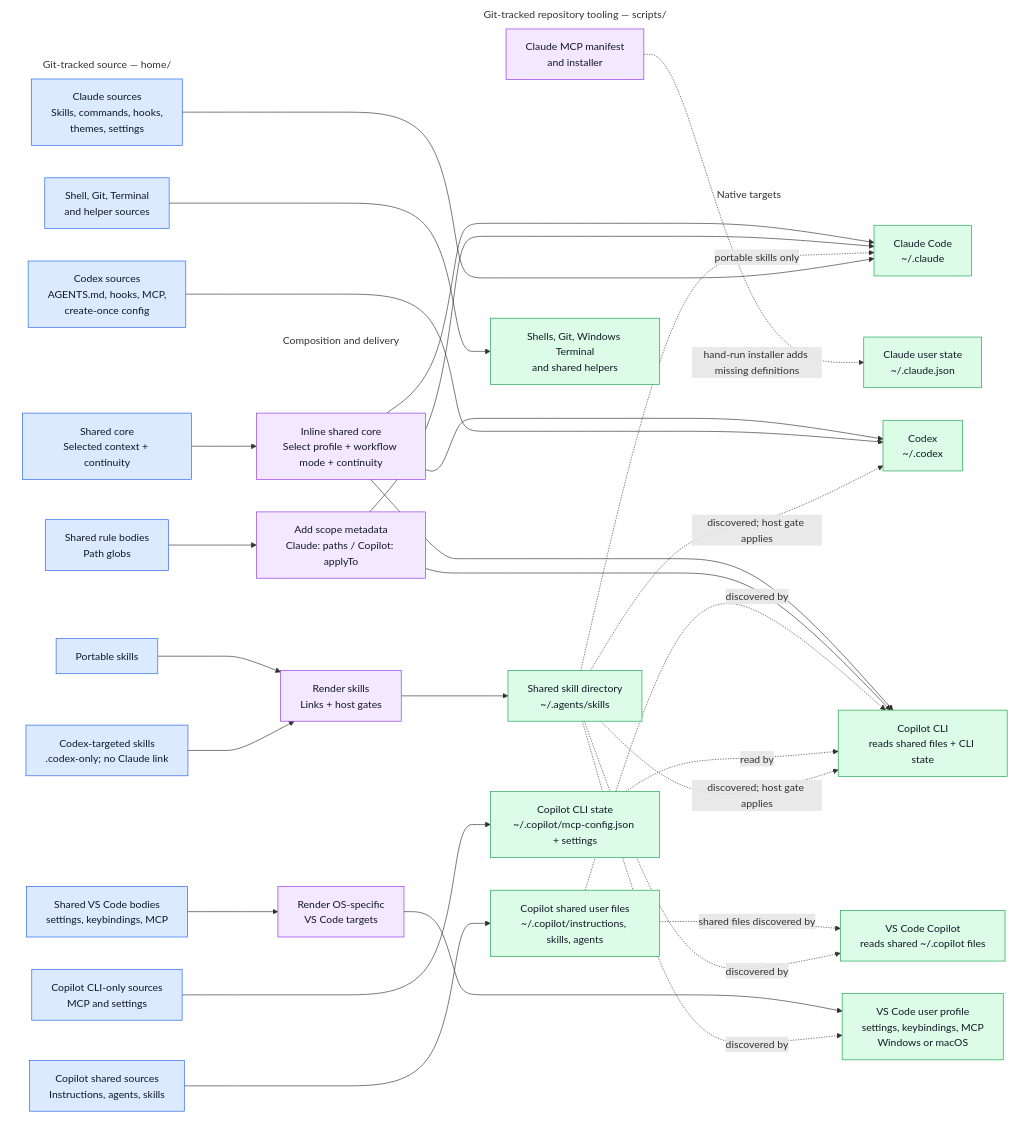
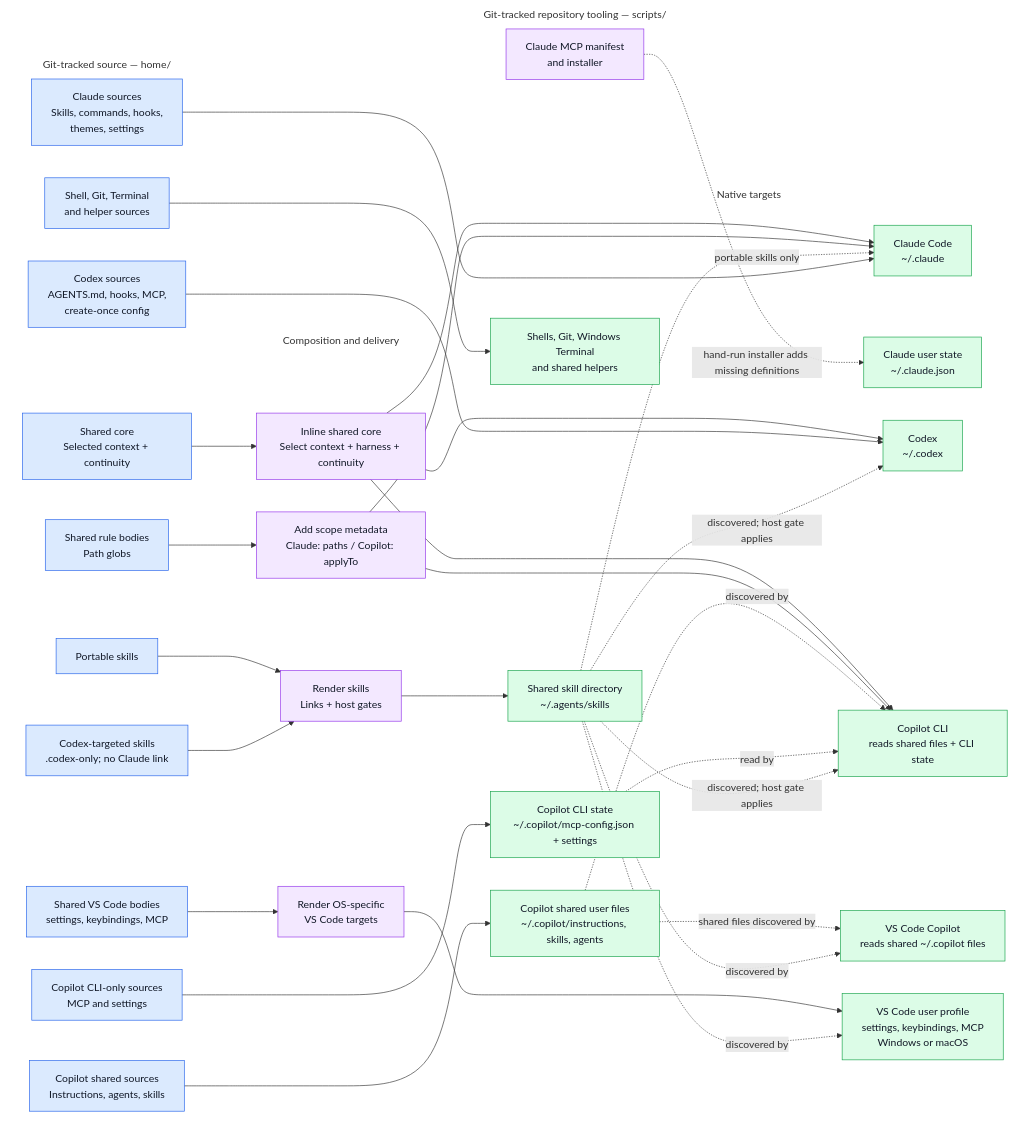
The first of 4 diagrams in README.md (sherrilla71940/personal-agentic-dev-environment), drawn with Mermaid before and after one commit. The commit also changed other lines of this file and 32 other files, not shown here.

```diff
--- a/README.md
+++ b/README.md
@@ -84,7 +84,7 @@
     end
 
     subgraph render["Composition and delivery"]
-        instructionAdapters["Inline shared core<br/>Select profile + workflow mode + continuity"]
+        instructionAdapters["Inline shared core<br/>Select context + harness + continuity"]
         ruleAdapters["Add scope metadata<br/>Claude: paths / Copilot: applyTo"]
         skillDelivery["Render skills<br/>Links + host gates"]
         osAdapters["Render OS-specific<br/>VS Code targets"]
```
